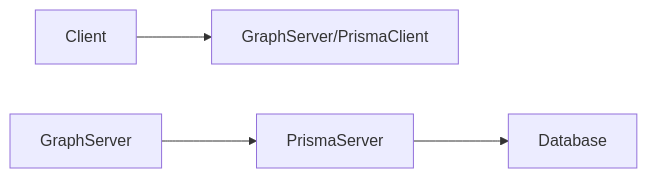
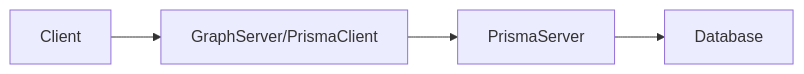
One commit to tsoisauce/prisma-graphql changed the diagram in README.md. Above: the diagram before and after it, drawn with Mermaid. The commit also changed other lines of this file, not shown here.

````diff
--- a/README.md
+++ b/README.md
@@ -11,6 +11,6 @@
 ```mermaid
 graph LR;
   Client-->GraphServer/PrismaClient;
-  GraphServer-->PrismaServer;
+  GraphServer/PrismaClient-->PrismaServer;
   PrismaServer-->Database;
 ```
````
